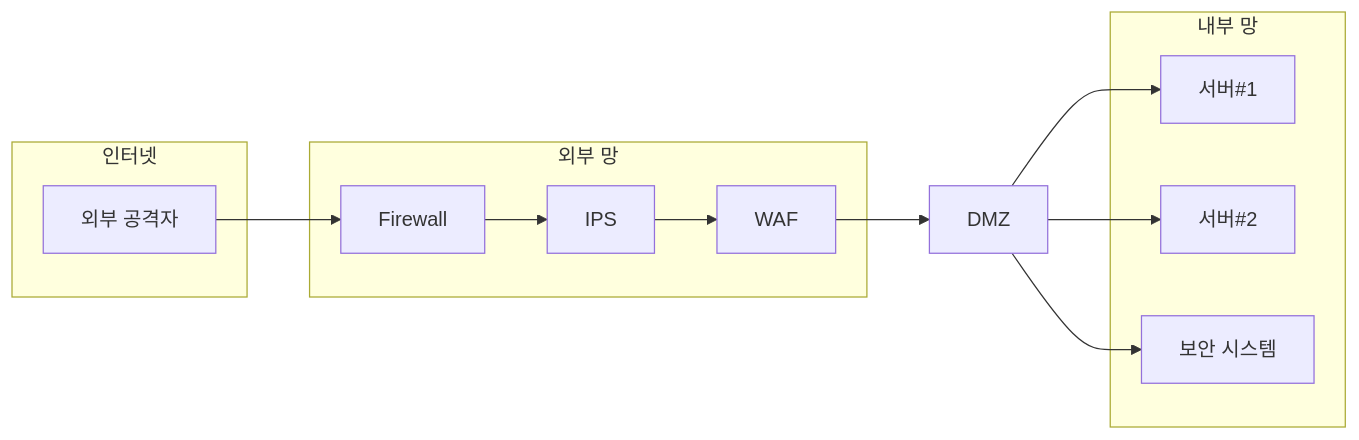
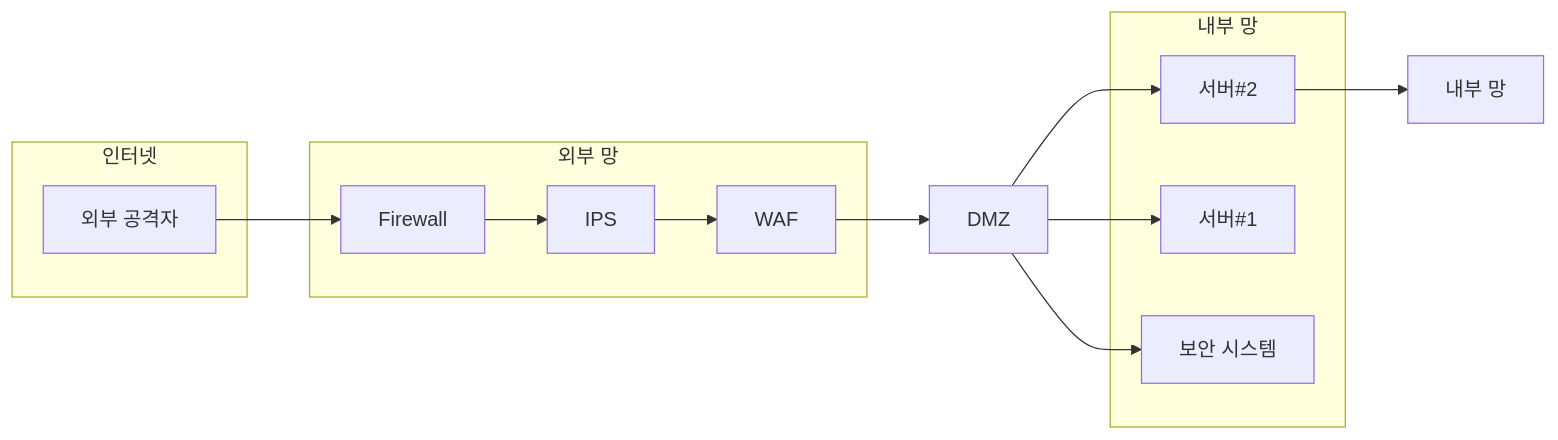
One commit to qubitsec/plura changed the diagram in philosophy/ko/why-PLURA-XDR.md. Above: the diagram before and after it, drawn with Mermaid. The commit also changed other lines of this file, not shown here.

````diff
--- a/philosophy/ko/why-PLURA-XDR.md
+++ b/philosophy/ko/why-PLURA-XDR.md
@@ -19,27 +23,28 @@
 ```mermaid
 flowchart LR
     외부공격자[외부 공격자] -->Firewall
     Firewall --> IPS
     IPS --> WAF
     WAF --> DMZ[DMZ]
+    내부서버2 --> 내부망[내부 망]
     
     subgraph 공격자[인터넷]
         외부공격자
     end
     
     subgraph 외부망[외부 망]
         Firewall
         IPS
         WAF
     end
     
     subgraph 내부망구역[내부 망]
         내부서버1[서버#1]
         내부서버2[서버#2]
         내부보안[보안 시스템]
     end
     
     DMZ --> 내부서버1
     DMZ --> 내부서버2
     DMZ --> 내부보안
 ```
````
